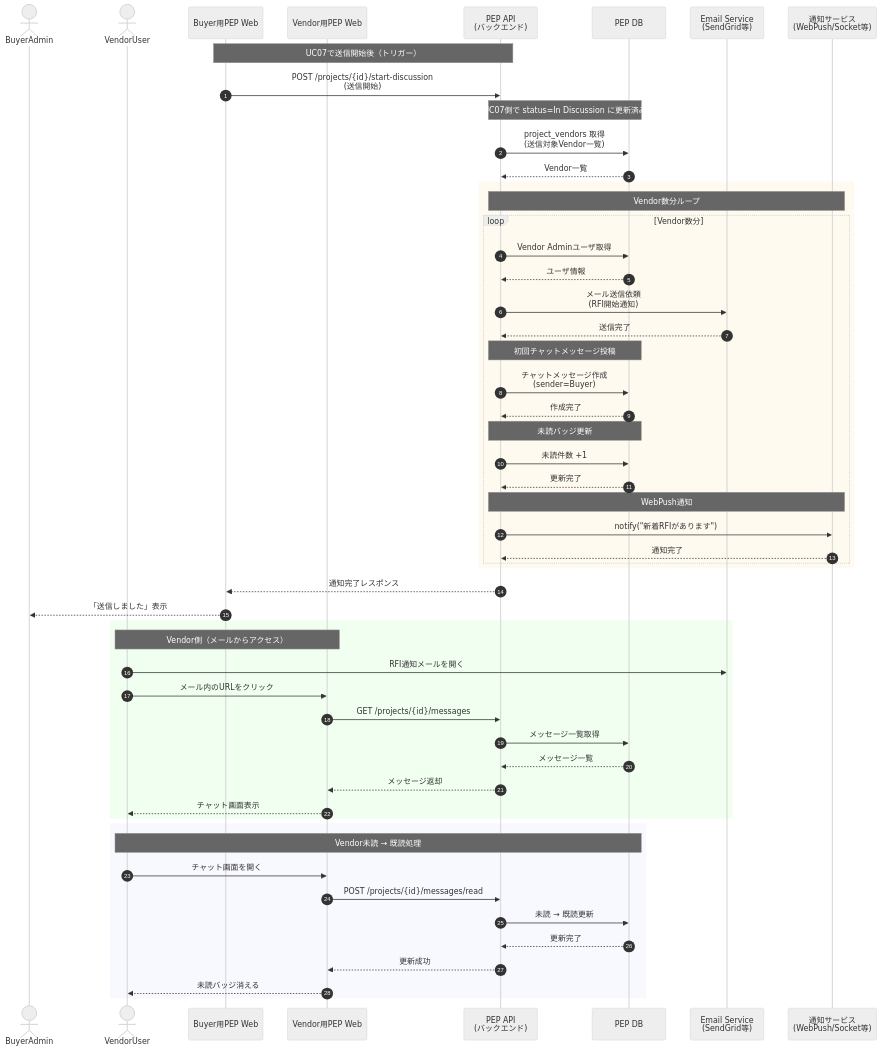
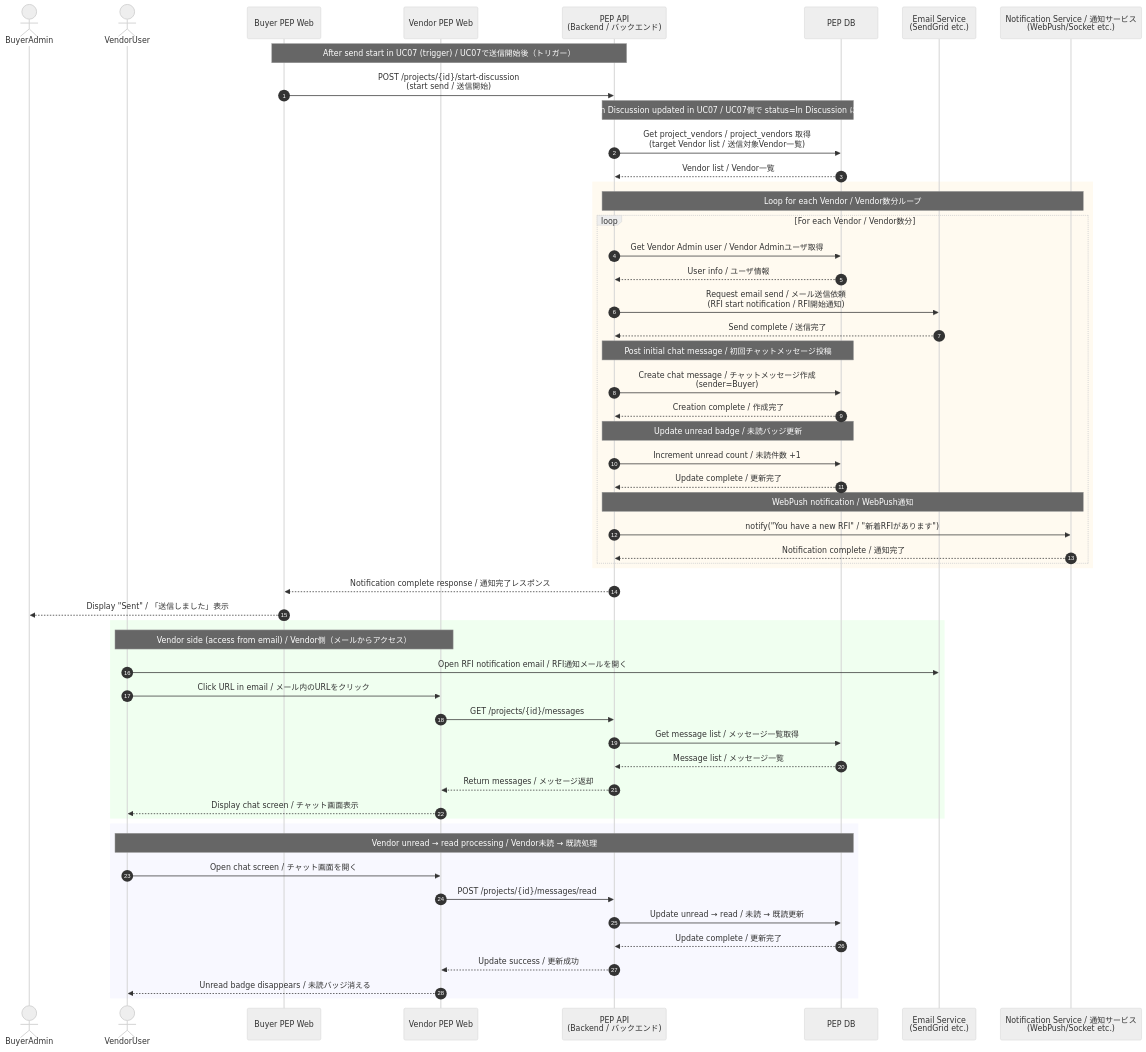
The diagram in docs/UC/UC8.md (PhamDuBin/pep), drawn with Mermaid (neutral theme) before and after one commit. The commit also changed other lines of this file and 30 other files, not shown here.

````diff
--- a/docs/UC/UC8.md
+++ b/docs/UC/UC8.md
@@ -3,67 +3,67 @@
 ```mermaid
 sequenceDiagram
     autonumber
     actor BA as BuyerAdmin
     actor VU as VendorUser
-    participant BWeb as Buyer用PEP Web
-    participant VWeb as Vendor用PEP Web
-    participant API as PEP API<br/>(バックエンド)
+    participant BWeb as Buyer PEP Web
+    participant VWeb as Vendor PEP Web
+    participant API as PEP API<br/>(Backend / バックエンド)
     participant DB as PEP DB
-    participant Mail as Email Service<br/>(SendGrid等)
-    participant Notif as 通知サービス<br/>(WebPush/Socket等)
+    participant Mail as Email Service<br/>(SendGrid etc.)
+    participant Notif as Notification Service / 通知サービス<br/>(WebPush/Socket etc.)
 
-    Note over BWeb, API: UC07で送信開始後（トリガー）
-    BWeb->>API: POST /projects/{id}/start-discussion<br/>(送信開始)
+    Note over BWeb, API: After send start in UC07 (trigger) / UC07で送信開始後（トリガー）
+    BWeb->>API: POST /projects/{id}/start-discussion<br/>(start send / 送信開始)
 
-    Note over API, DB: UC07側で status=In Discussion に更新済み
+    Note over API, DB: status=In Discussion updated in UC07 / UC07側で status=In Discussion に更新済み
 
-    API->>DB: project_vendors 取得<br/>(送信対象Vendor一覧)
-    DB-->>API: Vendor一覧
+    API->>DB: Get project_vendors / project_vendors 取得<br/>(target Vendor list / 送信対象Vendor一覧)
+    DB-->>API: Vendor list / Vendor一覧
 
     rect rgb(255, 250, 240)
-        Note over API, Notif: Vendor数分ループ
-        loop Vendor数分
-            API->>DB: Vendor Adminユーザ取得
-            DB-->>API: ユーザ情報
+        Note over API, Notif: Loop for each Vendor / Vendor数分ループ
+        loop For each Vendor / Vendor数分
+            API->>DB: Get Vendor Admin user / Vendor Adminユーザ取得
+            DB-->>API: User info / ユーザ情報
 
-            API->>Mail: メール送信依頼<br/>(RFI開始通知)
-            Mail-->>API: 送信完了
+            API->>Mail: Request email send / メール送信依頼<br/>(RFI start notification / RFI開始通知)
+            Mail-->>API: Send complete / 送信完了
 
-            Note over API, DB: 初回チャットメッセージ投稿
-            API->>DB: チャットメッセージ作成<br/>(sender=Buyer)
-            DB-->>API: 作成完了
+            Note over API, DB: Post initial chat message / 初回チャットメッセージ投稿
+            API->>DB: Create chat message / チャットメッセージ作成<br/>(sender=Buyer)
+            DB-->>API: Creation complete / 作成完了
 
-            Note over API, DB: 未読バッジ更新
-            API->>DB: 未読件数 +1
-            DB-->>API: 更新完了
+            Note over API, DB: Update unread badge / 未読バッジ更新
+            API->>DB: Increment unread count / 未読件数 +1
+            DB-->>API: Update complete / 更新完了
 
-            Note over API, Notif: WebPush通知
-            API->>Notif: notify("新着RFIがあります")
-            Notif-->>API: 通知完了
+            Note over API, Notif: WebPush notification / WebPush通知
+            API->>Notif: notify("You have a new RFI" / "新着RFIがあります")
+            Notif-->>API: Notification complete / 通知完了
         end
     end
 
-    API-->>BWeb: 通知完了レスポンス
-    BWeb-->>BA: 「送信しました」表示
+    API-->>BWeb: Notification complete response / 通知完了レスポンス
+    BWeb-->>BA: Display "Sent" / 「送信しました」表示
 
     rect rgb(240, 255, 240)
-        Note over VU, VWeb: Vendor側（メールからアクセス）
-        VU->>Mail: RFI通知メールを開く
-        VU->>VWeb: メール内のURLをクリック
+        Note over VU, VWeb: Vendor side (access from email) / Vendor側（メールからアクセス）
+        VU->>Mail: Open RFI notification email / RFI通知メールを開く
+        VU->>VWeb: Click URL in email / メール内のURLをクリック
         VWeb->>API: GET /projects/{id}/messages
-        API->>DB: メッセージ一覧取得
-        DB-->>API: メッセージ一覧
-        API-->>VWeb: メッセージ返却
-        VWeb-->>VU: チャット画面表示
+        API->>DB: Get message list / メッセージ一覧取得
+        DB-->>API: Message list / メッセージ一覧
+        API-->>VWeb: Return messages / メッセージ返却
+        VWeb-->>VU: Display chat screen / チャット画面表示
     end
 
     rect rgb(248, 248, 255)
-        Note over VU, DB: Vendor未読 → 既読処理
-        VU->>VWeb: チャット画面を開く
+        Note over VU, DB: Vendor unread → read processing / Vendor未読 → 既読処理
+        VU->>VWeb: Open chat screen / チャット画面を開く
         VWeb->>API: POST /projects/{id}/messages/read
-        API->>DB: 未読 → 既読更新
-        DB-->>API: 更新完了
-        API-->>VWeb: 更新成功
-        VWeb-->>VU: 未読バッジ消える
+        API->>DB: Update unread → read / 未読 → 既読更新
+        DB-->>API: Update complete / 更新完了
+        API-->>VWeb: Update success / 更新成功
+        VWeb-->>VU: Unread badge disappears / 未読バッジ消える
     end
 ```
````
